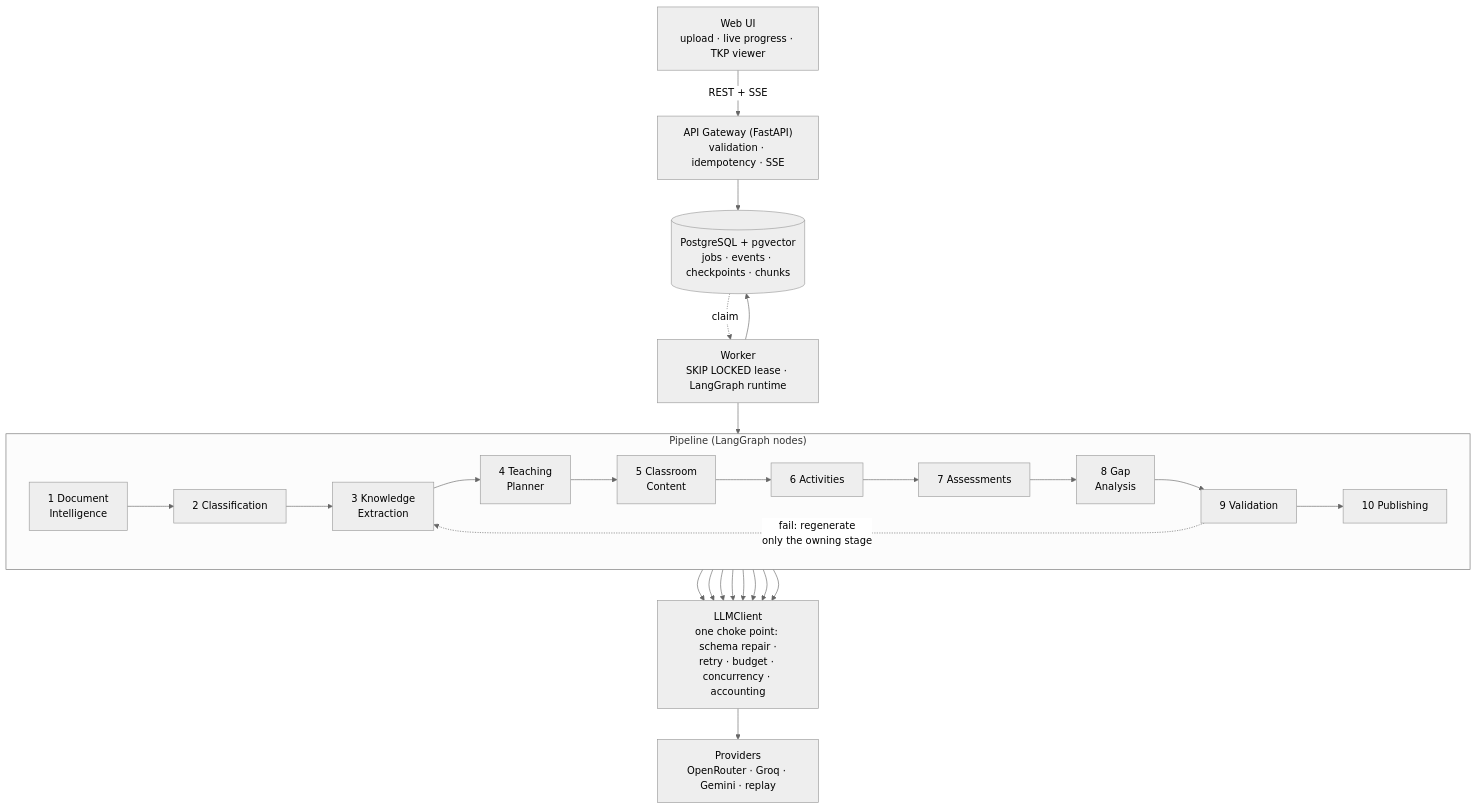
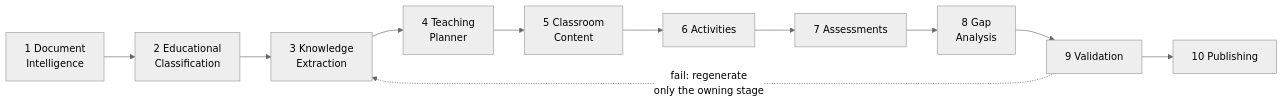
Before and after one commit to 23f3001800/EduForge-AI: the diagram in README.md, drawn with Mermaid (neutral theme). The commit also changed other lines of this file and 1 other file, not shown here.

````diff
--- a/README.md
+++ b/README.md
@@ -126,24 +48,7 @@
 ```mermaid
-graph TB
-    UI["Web UI<br/>upload · live progress · TKP viewer"]
-    GW["API Gateway (FastAPI)<br/>validation · idempotency · SSE"]
-    WK["Worker<br/>SKIP LOCKED lease · LangGraph runtime"]
-    PG[("PostgreSQL + pgvector<br/>jobs · events · checkpoints · chunks")]
-
-    UI -->|REST + SSE| GW --> PG
-    PG -.->|claim| WK --> PG
-
-    subgraph "Pipeline (LangGraph nodes)"
-        direction LR
-        S1[1 Document<br/>Intelligence] --> S2[2 Classification] --> S3[3 Knowledge<br/>Extraction]
-        S3 --> S4[4 Teaching<br/>Planner] --> S5[5 Classroom<br/>Content]
-        S5 --> S6[6 Activities] --> S7[7 Assessments] --> S8[8 Gap<br/>Analysis]
-        S8 --> S9[9 Validation] --> S10[10 Publishing]
-    end
-
-    WK --> S1
+graph LR
+    S1[1 Document<br/>Intelligence] --> S2[2 Educational<br/>Classification] --> S3[3 Knowledge<br/>Extraction]
+    S3 --> S4[4 Teaching<br/>Planner] --> S5[5 Classroom<br/>Content] --> S6[6 Activities]
+    S6 --> S7[7 Assessments] --> S8[8 Gap<br/>Analysis] --> S9[9 Validation] --> S10[10 Publishing]
     S9 -.->|fail: regenerate<br/>only the owning stage| S3
-    LLM["LLMClient<br/>one choke point: schema repair ·<br/>retry · budget · concurrency · accounting"]
-    S2 & S3 & S4 & S5 & S6 & S7 & S8 & S9 --> LLM
-    LLM --> P["Providers<br/>OpenRouter · Groq · Gemini · replay"]
 ```
````
